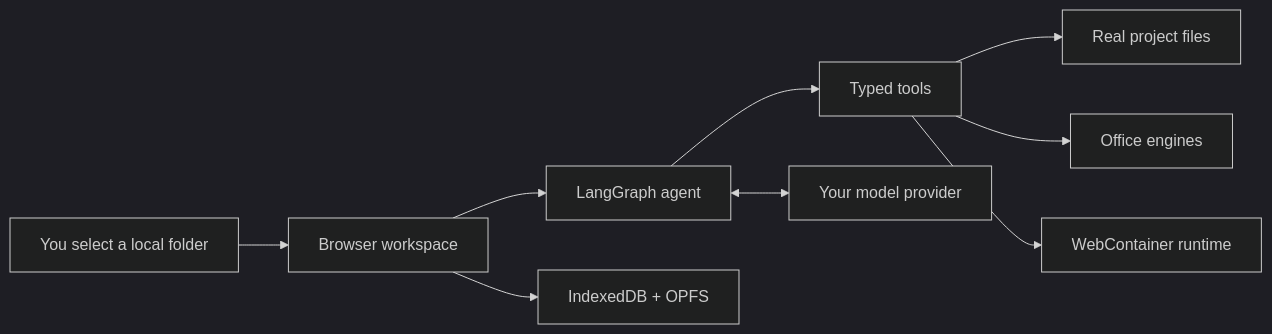
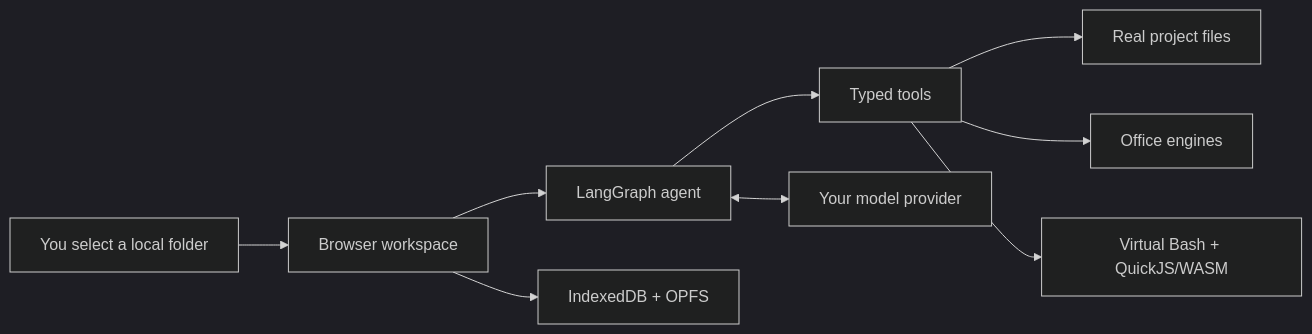
Before and after one commit to wzp100/browser-agent: the diagram in README.md, drawn with Mermaid (dark theme). The commit also changed other lines of this file and 60 other files, not shown here.

Commit message:
feat: replace WebContainer with virtual runtime

````diff
--- a/README.md
+++ b/README.md
@@ -43,11 +43,11 @@
 ```mermaid
 flowchart LR
     U["You select a local folder"] --> W["Browser workspace"]
     W --> A["LangGraph agent"]
     A --> T["Typed tools"]
     T --> F["Real project files"]
     T --> O["Office engines"]
-    T --> R["WebContainer runtime"]
+    T --> R["Virtual Bash + QuickJS/WASM"]
     A <--> M["Your model provider"]
     W --> D["IndexedDB + OPFS"]
 ```
````
